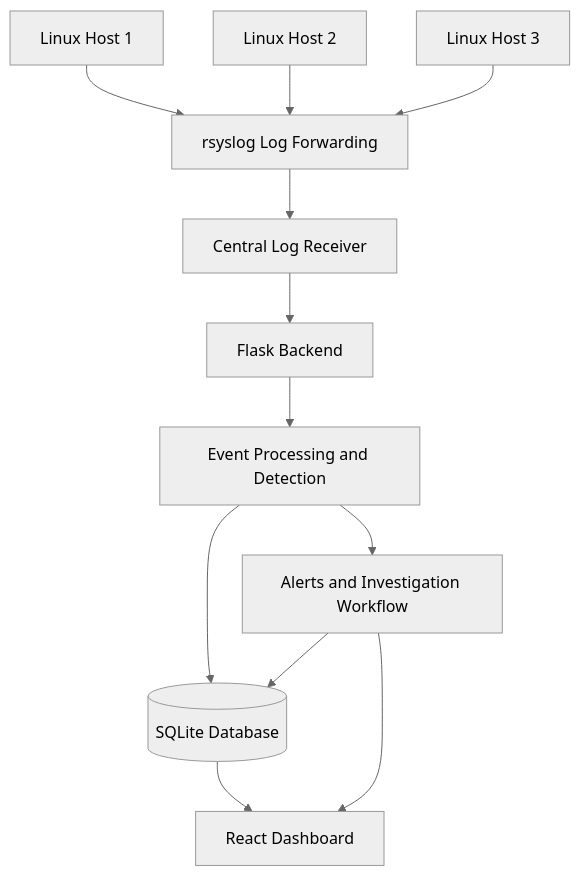
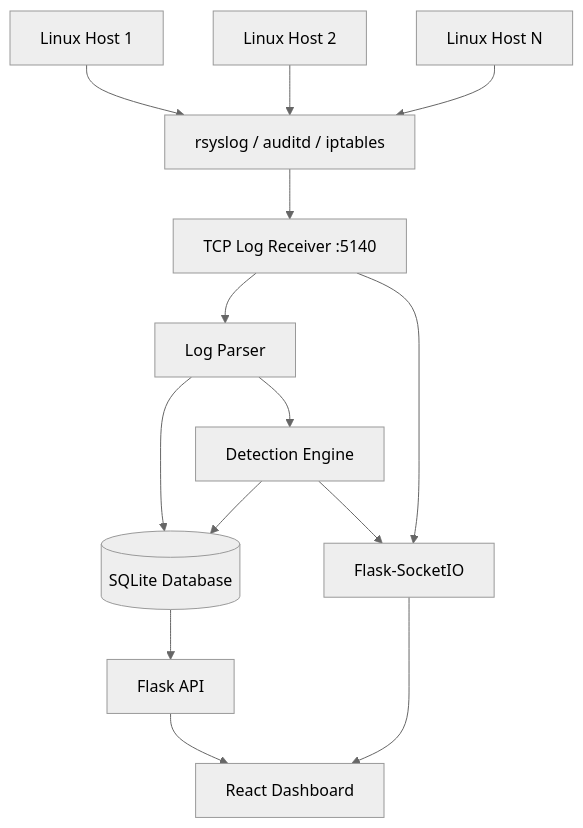
Before and after one commit to 33Charles/forensight: the diagram in README.md, drawn with Mermaid (neutral theme). The commit also changed other lines of this file, not shown here.

````diff
--- a/README.md
+++ b/README.md
@@ -66,20 +108,28 @@
 ```mermaid
 flowchart TD
-    A[Linux Host 1]
-    B[Linux Host 2]
-    C[Linux Host 3]
+    A["Linux Host 1"]
+    B["Linux Host 2"]
+    C["Linux Host N"]
+    D["rsyslog / auditd / iptables"]
+    E["TCP Log Receiver :5140"]
+    F["Log Parser"]
+    G["Detection Engine"]
+    H[("SQLite Database")]
+    I["Flask API"]
+    J["Flask-SocketIO"]
+    K["React Dashboard"]
 
-    A --> D[rsyslog Log Forwarding]
+    A --> D
     B --> D
     C --> D
-
-    D --> E[Central Log Receiver]
-    E --> F[Flask Backend]
-    F --> G[Event Processing and Detection]
-    G --> H[(SQLite Database)]
-    H --> I[React Dashboard]
-
-    G --> J[Alerts and Investigation Workflow]
-    J --> H
-    J --> I
+    D --> E
+    E --> F
+    F --> G
+    F --> H
+    G --> H
+    H --> I
+    G --> J
+    E --> J
+    I --> K
+    J --> K
 ```
````
